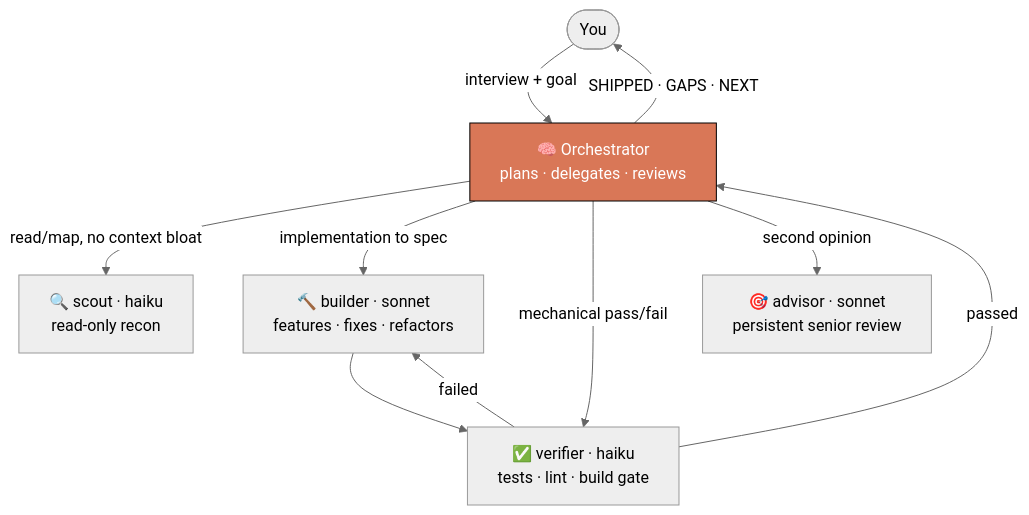
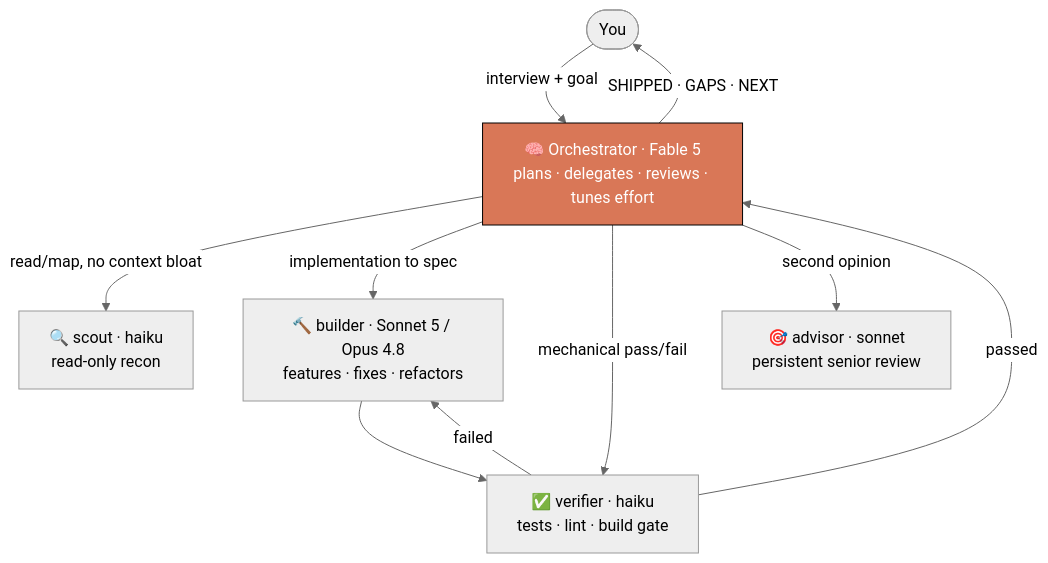
One commit to adrective-oss/flux-skills changed the first of 2 diagrams in README.md. Above: the diagram before and after it, drawn with Mermaid (neutral theme). The commit also changed other lines of this file, not shown here.

Commit message:
README: recommend Fable 5 orchestrator + auto effort control
Diagram + callout now state the recommended model setup: Fable 5 as
orchestrator, Sonnet 5 / Opus 4.8 as builder, Haiku for recon/gating,
with orchestrator-managed per-task effort.

````diff
--- a/README.md
+++ b/README.md
@@ -36,15 +36,15 @@
 ```mermaid
 flowchart TD
-    U([You]) -->|interview + goal| A[🧠 Orchestrator<br/>plans · delegates · reviews]
+    U([You]) -->|interview + goal| A[🧠 Orchestrator · Fable 5<br/>plans · delegates · reviews · tunes effort]
     A -->|read/map, no context bloat| S[🔍 scout · haiku<br/>read-only recon]
-    A -->|implementation to spec| B[🔨 builder · sonnet<br/>features · fixes · refactors]
+    A -->|implementation to spec| B[🔨 builder · Sonnet 5 / Opus 4.8<br/>features · fixes · refactors]
     A -->|mechanical pass/fail| V[✅ verifier · haiku<br/>tests · lint · build gate]
     A -->|second opinion| AD[🎯 advisor · sonnet<br/>persistent senior review]
     B --> V
     V -->|passed| A
     V -->|failed| B
     A -->|SHIPPED · GAPS · NEXT| U
 
     classDef orch fill:#d97757,stroke:#000,color:#fff
     class A orch
 ```
````
